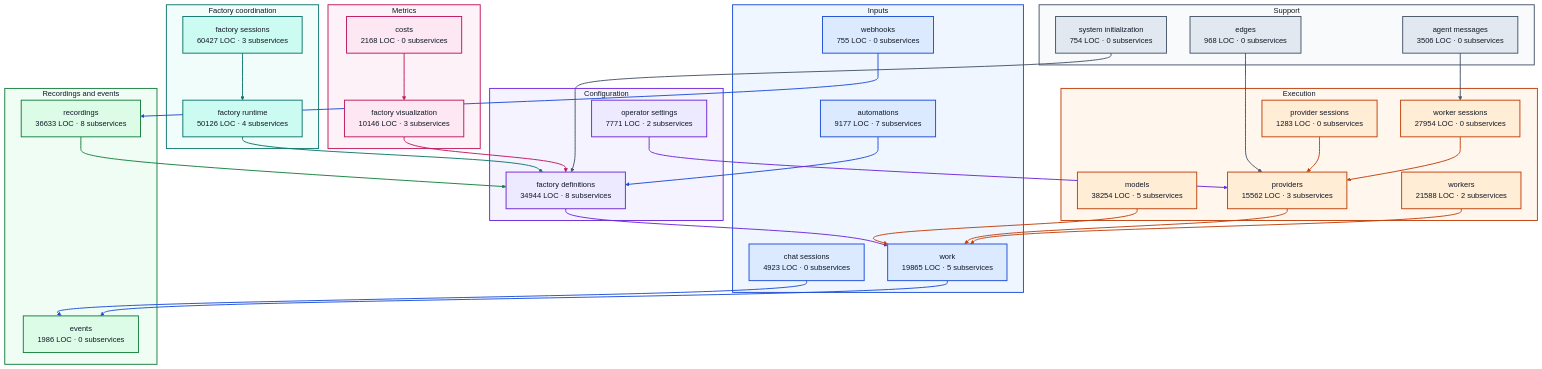
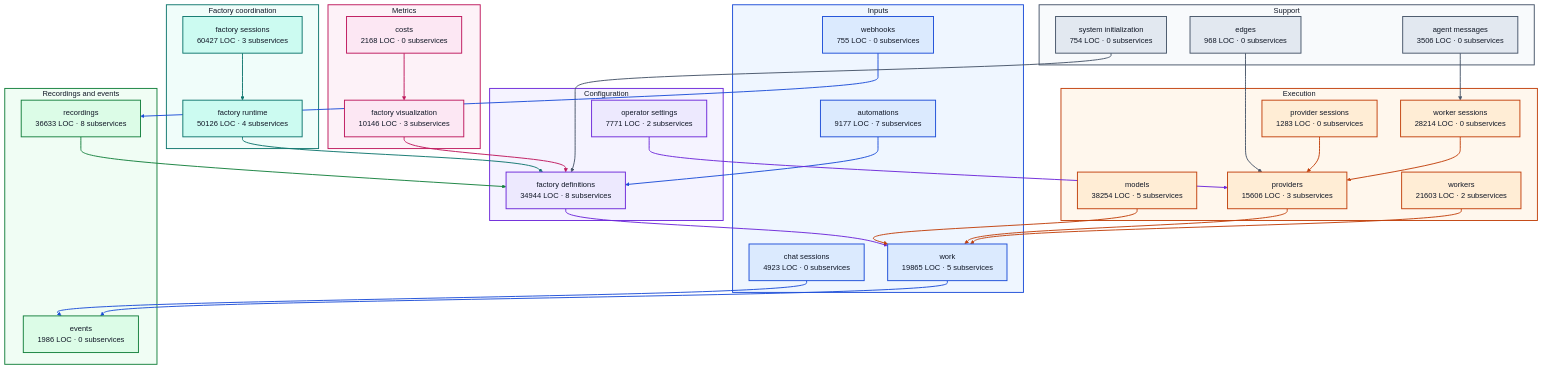
Before and after one commit to portpowered/you-agent-factory: the diagram in docs/architecture/visualizations/high-level-backend.md, drawn with Mermaid (base theme). The commit also changed other lines of this file and 21 other files, not shown here.

Commit message:
docs: refresh backend architecture visualizations

```diff
--- a/docs/architecture/visualizations/high-level-backend.md
+++ b/docs/architecture/visualizations/high-level-backend.md
@@ -19,9 +19,9 @@
   subgraph execution["Execution"]
     s_services_models["models<br/>38254 LOC · 5 subservices"]
     s_services_provider_sessions["provider sessions<br/>1283 LOC · 0 subservices"]
-    s_services_providers["providers<br/>15562 LOC · 3 subservices"]
-    s_services_worker_sessions["worker sessions<br/>27954 LOC · 0 subservices"]
-    s_services_workers["workers<br/>21588 LOC · 2 subservices"]
+    s_services_providers["providers<br/>15606 LOC · 3 subservices"]
+    s_services_worker_sessions["worker sessions<br/>28214 LOC · 0 subservices"]
+    s_services_workers["workers<br/>21603 LOC · 2 subservices"]
   end
   subgraph recordings["Recordings and events"]
     s_services_events["events<br/>1986 LOC · 0 subservices"]
```
